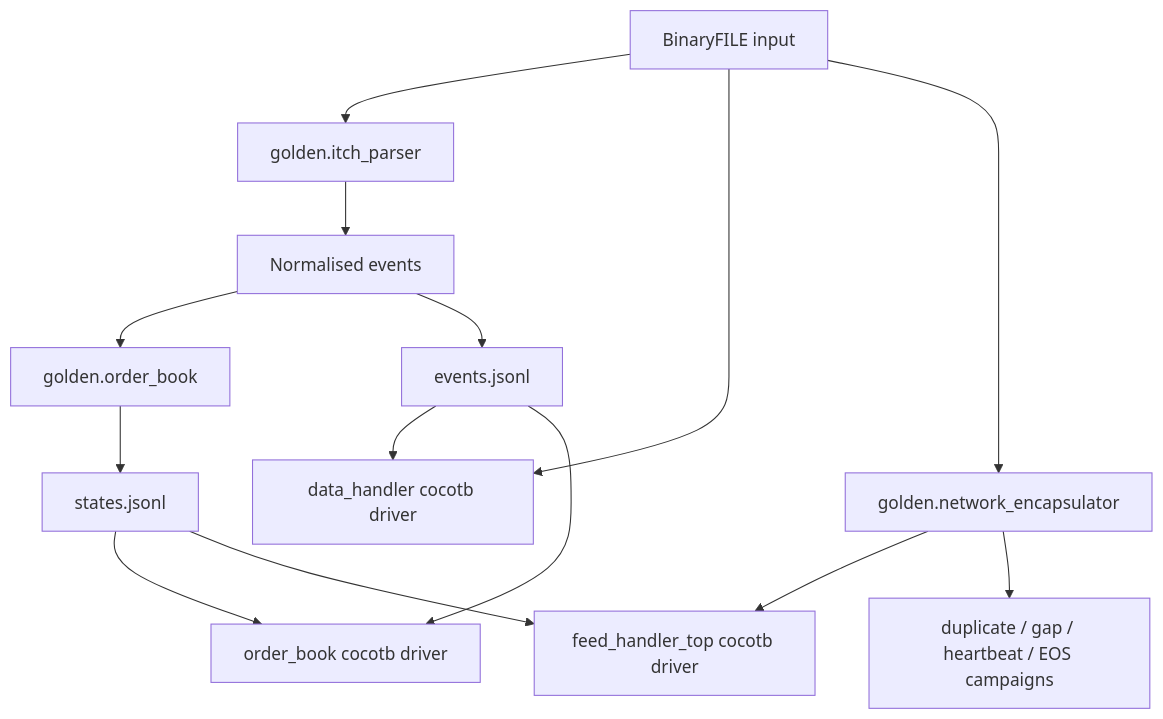
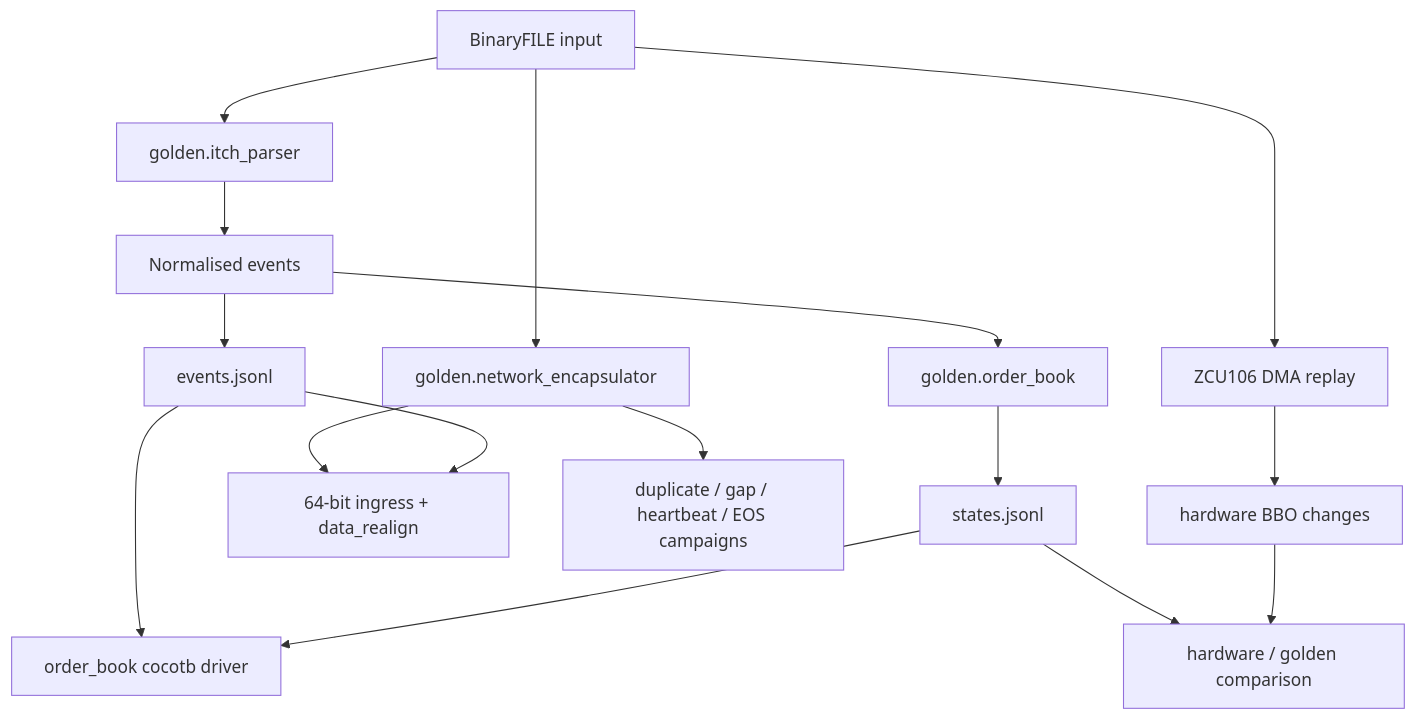
One commit to an-thony350/ITCH-Feed-Handler-and-Order-Book changed the diagram in docs/golden_model.md. Above: the diagram before and after it, drawn with Mermaid. The commit also changed other lines of this file, not shown here.

Commit message:
[documentation] golden model

````diff
--- a/docs/golden_model.md
+++ b/docs/golden_model.md
@@ -13,20 +13,22 @@
 ```mermaid
 flowchart TB
     INPUT[BinaryFILE input] --> PARSE[golden.itch_parser]
     PARSE --> EVENT[Normalised events]
     EVENT --> BOOK[golden.order_book]
     EVENT --> EJ[events.jsonl]
     BOOK --> SJ[states.jsonl]
 
-    INPUT --> G1[data_handler cocotb driver]
-    EJ --> G1
+    INPUT --> ENCAP[golden.network_encapsulator]
+    ENCAP --> NI[64-bit ingress + data_realign]
+    EJ --> NI
 
-    EJ --> G2[order_book cocotb driver]
-    SJ --> G2
+    EJ --> OB[order_book cocotb driver]
+    SJ --> OB
 
-    INPUT --> ENCAP[golden.network_encapsulator]
-    ENCAP --> G3[feed_handler_top cocotb driver]
-    SJ --> G3
+    ENCAP --> SEQ[duplicate / gap / heartbeat / EOS campaigns]
 
-    ENCAP --> G4[duplicate / gap / heartbeat / EOS campaigns]
+    INPUT --> BOARD[ZCU106 DMA replay]
+    BOARD --> HWBBO[hardware BBO changes]
+    SJ --> CMP[hardware / golden comparison]
+    HWBBO --> CMP
 ```
````
